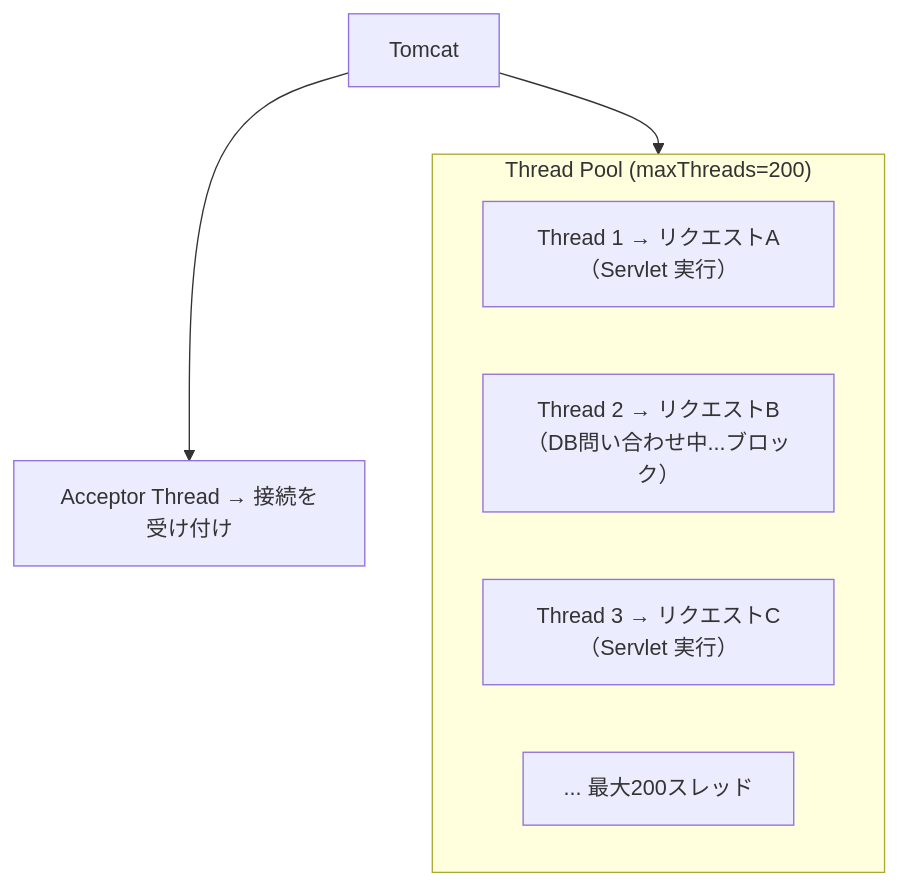
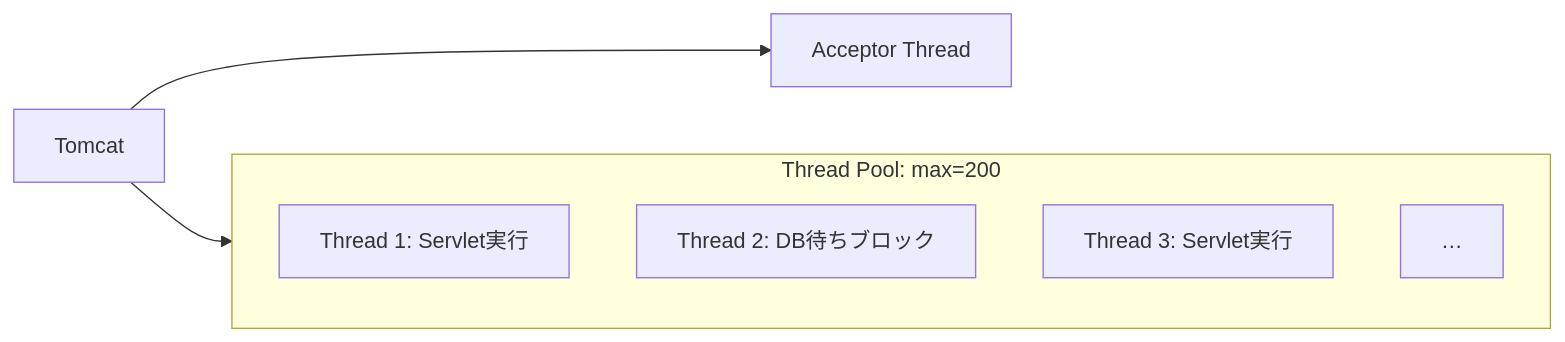
The fifth of 14 diagrams in details/Webサーバーとランタイムのリクエスト処理モデル.md (ryotaro-boost/web-engineer-knowledge-layers), drawn with Mermaid before and after one commit. The commit also changed other lines of this file, not shown here.

First line of the commit message:
Mermaid図のテキスト重なりを修正

````diff
--- a/details/Webサーバーとランタイムのリクエスト処理モデル.md
+++ b/details/Webサーバーとランタイムのリクエスト処理モデル.md
@@ -124,12 +123,11 @@
 ```mermaid
-graph TD
-    Tomcat["Tomcat"]
-    Tomcat --> Acc["Acceptor Thread → 接続を受け付け"]
-    subgraph Pool["Thread Pool (maxThreads=200)"]
-        T1["Thread 1 → リクエストA（Servlet 実行）"]
-        T2["Thread 2 → リクエストB（DB問い合わせ中...ブロック）"]
-        T3["Thread 3 → リクエストC（Servlet 実行）"]
-        TN["... 最大200スレッド"]
+graph LR
+    Tomcat["Tomcat"] --> Acc["Acceptor Thread"]
+    Tomcat --> Pool
+    subgraph Pool["Thread Pool: max=200"]
+        T1["Thread 1: Servlet実行"]
+        T2["Thread 2: DB待ちブロック"]
+        T3["Thread 3: Servlet実行"]
+        TN["…"]
     end
-    Tomcat --> Pool
 ```
````
